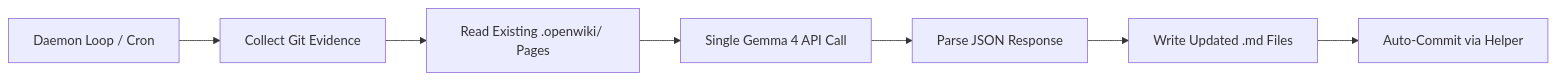
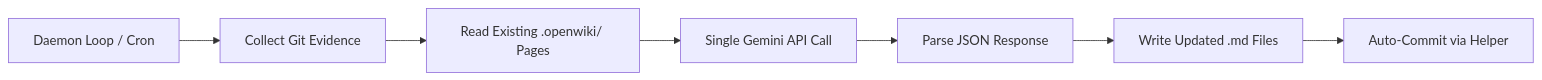
Before and after one commit to hybridlabor-api/bdb-dev-optimized-agent-skills: the diagram in skills/global_config/openwiki-skill/SKILL.md, drawn with Mermaid. The commit also changed other lines of this file and 10 other files, not shown here.

````diff
--- a/skills/global_config/openwiki-skill/SKILL.md
+++ b/skills/global_config/openwiki-skill/SKILL.md
@@ -20,9 +20,9 @@
 ```mermaid
 flowchart LR
     A[Daemon Loop / Cron] --> B[Collect Git Evidence]
     B --> C[Read Existing .openwiki/ Pages]
-    C --> D[Single Gemma 4 API Call]
+    C --> D[Single Gemini API Call]
     D --> E[Parse JSON Response]
     E --> F[Write Updated .md Files]
     F --> G[Auto-Commit via Helper]
 ```
````
